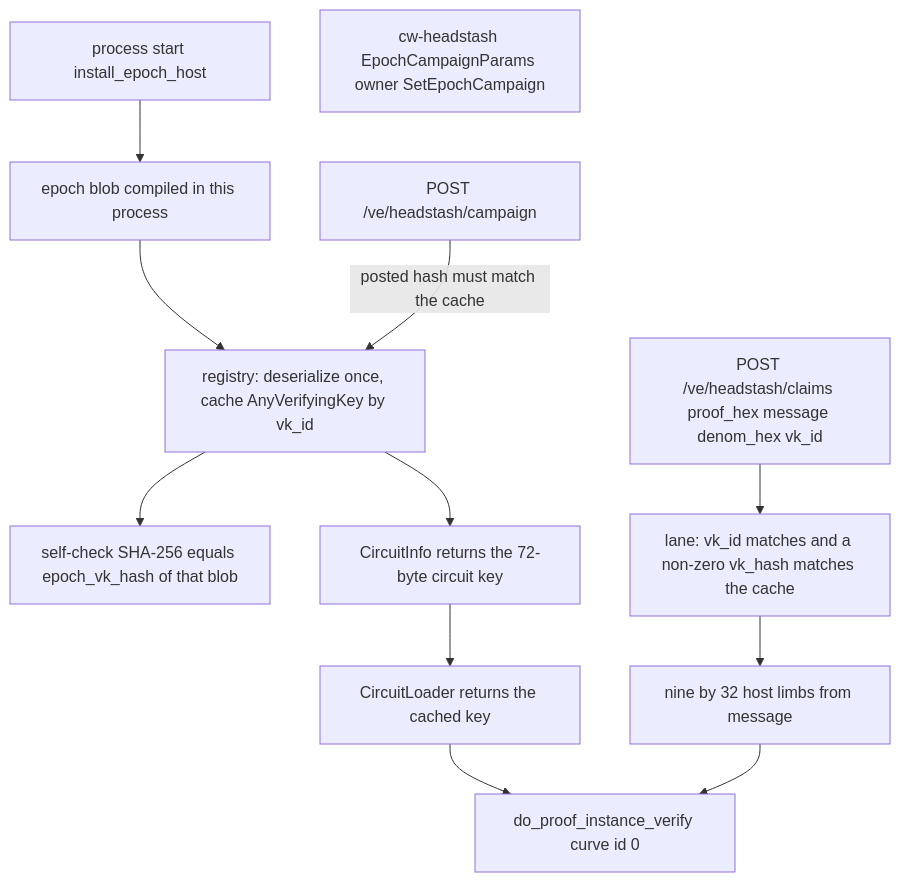
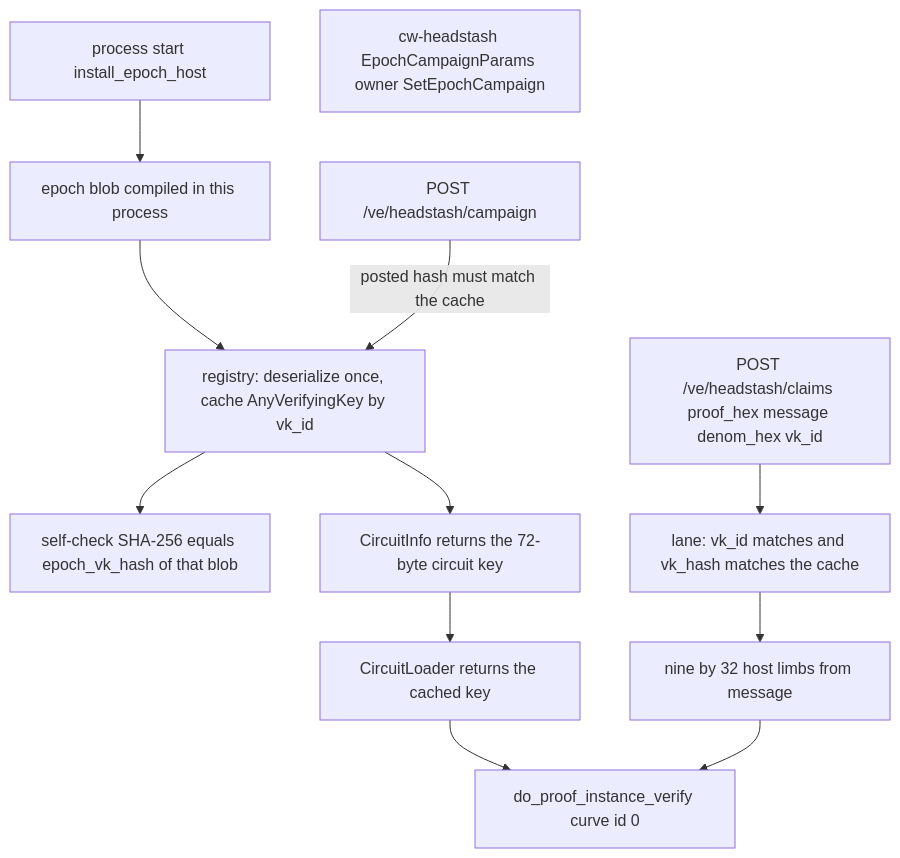
One commit to terpnetwork/terp-rs changed the fourth of 4 diagrams in tools/headstash/docs/circuit/HASHMARKET-HEADSTASH-INTEGRATION.md. Above: the diagram before and after it, drawn with Mermaid. The commit also changed other lines of this file and 2 other files, not shown here.

First line of the commit message:
fix(headstash): refuse a zero halo2 vk hash outside the fixture

````diff
--- a/tools/headstash/docs/circuit/HASHMARKET-HEADSTASH-INTEGRATION.md
+++ b/tools/headstash/docs/circuit/HASHMARKET-HEADSTASH-INTEGRATION.md
@@ -1076,26 +1076,26 @@
 ```mermaid
 flowchart TD
   proc["process start install_epoch_host"]
   blob["epoch blob compiled in this process"]
   reg["registry: deserialize once, cache AnyVerifyingKey by vk_id"]
   self["self-check SHA-256 equals epoch_vk_hash of that blob"]
   chain["cw-headstash EpochCampaignParams owner SetEpochCampaign"]
   camp["POST /ve/headstash/campaign"]
   post["POST /ve/headstash/claims proof_hex message denom_hex vk_id"]
-  lane["lane: vk_id matches and a non-zero vk_hash matches the cache"]
+  lane["lane: vk_id matches and vk_hash matches the cache"]
   limbs["nine by 32 host limbs from message"]
   info["CircuitInfo returns the 72-byte circuit key"]
   loader["CircuitLoader returns the cached key"]
   host["do_proof_instance_verify curve id 0"]
 
   proc --> blob
   blob --> reg
   reg --> self
   camp -->|"posted hash must match the cache"| reg
   post --> lane
   lane --> limbs
   limbs --> host
   reg --> info
   info --> loader
   loader --> host
 ```
````
